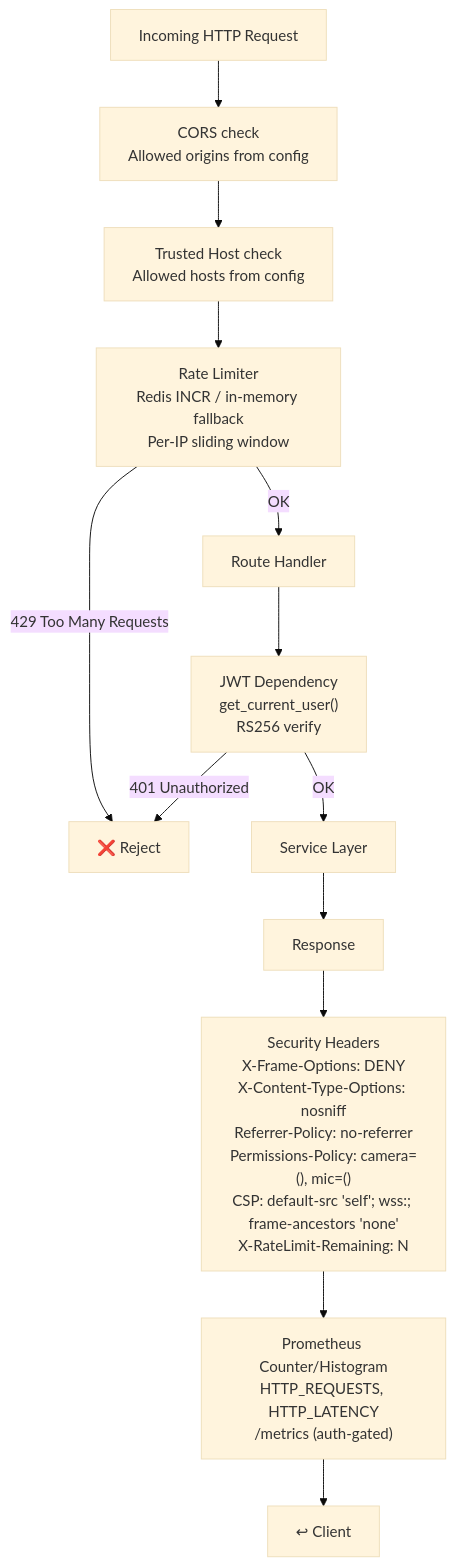
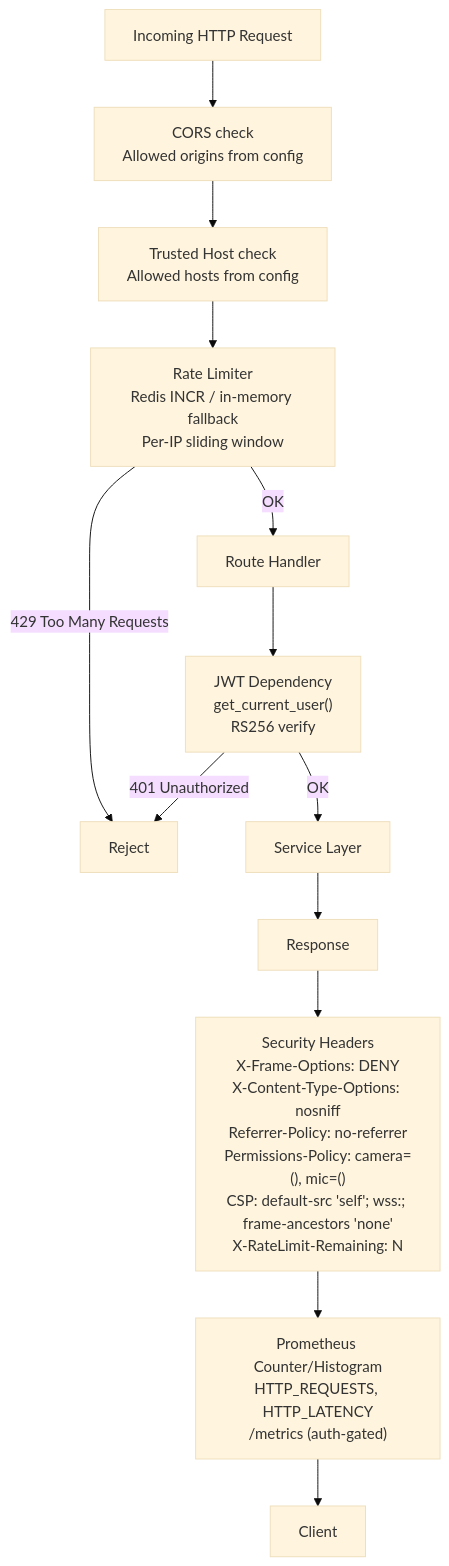
The sixth of 6 diagrams in README.md (BugHunterX2101/quantumsentinel-web), drawn with Mermaid (base theme) before and after one commit. The commit also changed other lines of this file, not shown here.

````diff
--- a/README.md
+++ b/README.md
@@ -368,15 +368,15 @@
 ```mermaid
 flowchart TD
     REQ["Incoming HTTP Request"] --> CORS["CORS check\nAllowed origins from config"]
     CORS --> HOST["Trusted Host check\nAllowed hosts from config"]
     HOST --> RATE["Rate Limiter\nRedis INCR / in-memory fallback\nPer-IP sliding window"]
-    RATE -->|"429 Too Many Requests"| REJECT["❌ Reject"]
+    RATE -->|"429 Too Many Requests"| REJECT["Reject"]
     RATE -->|"OK"| ROUTE["Route Handler"]
     ROUTE --> AUTH["JWT Dependency\nget_current_user()\nRS256 verify"]
     AUTH -->|"401 Unauthorized"| REJECT
     AUTH -->|"OK"| SVC["Service Layer"]
     SVC --> RESP["Response"]
     RESP --> HDR["Security Headers\nX-Frame-Options: DENY\nX-Content-Type-Options: nosniff\nReferrer-Policy: no-referrer\nPermissions-Policy: camera=(), mic=()\nCSP: default-src 'self'; wss:; frame-ancestors 'none'\nX-RateLimit-Remaining: N"]
     HDR --> METRICS["Prometheus Counter/Histogram\nHTTP_REQUESTS, HTTP_LATENCY\n/metrics (auth-gated)"]
-    METRICS --> CLIENT["↩ Client"]
+    METRICS --> CLIENT["Client"]
 ```
````
